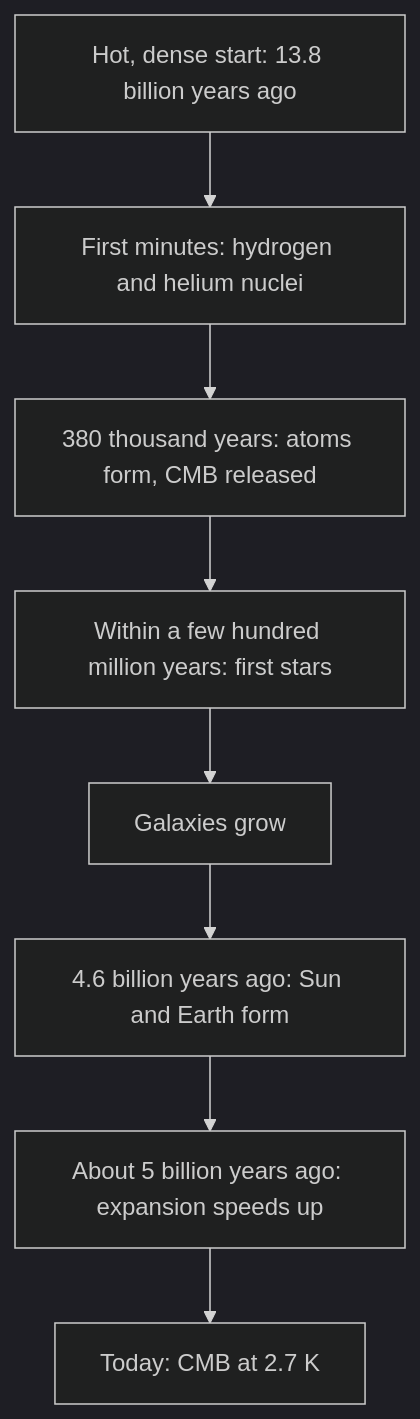
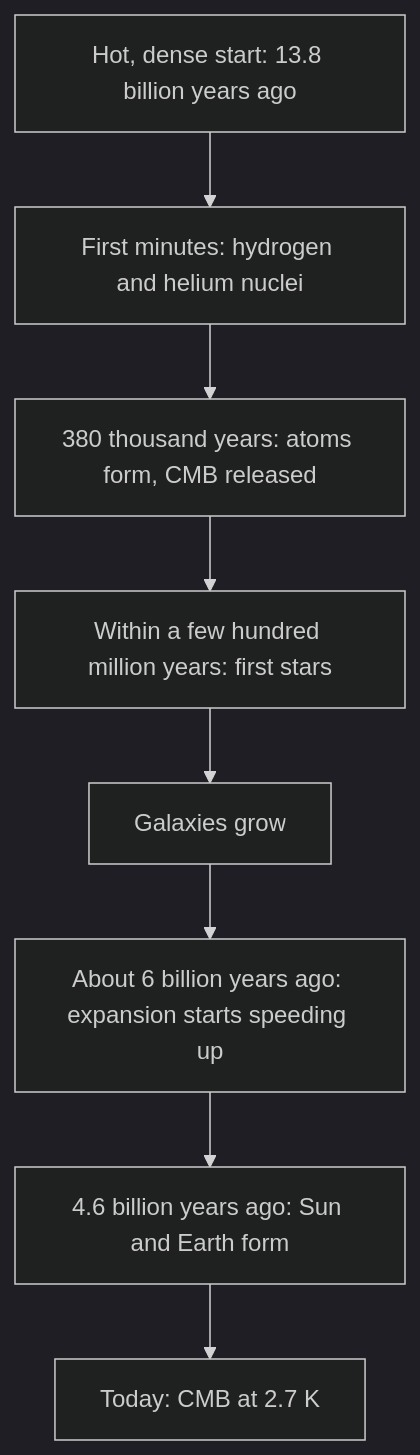
The diagram in content/math/physics/lessons/92-cosmology.md (Aziliz/erudior), drawn with Mermaid (dark theme) before and after one commit. The commit also changed 107 other files, not shown here.

````diff
--- a/content/math/physics/lessons/92-cosmology.md
+++ b/content/math/physics/lessons/92-cosmology.md
@@ -82,12 +82,12 @@
 ```mermaid
 flowchart TD
   accTitle: A timeline of the universe
-  accDescr: The universe began hot and dense about 13.8 billion years ago. In the first few minutes hydrogen and helium nuclei formed. At about 380 thousand years, atoms formed and the light now seen as the cosmic microwave background was released. The first stars formed within a few hundred million years, then galaxies grew. The Sun and Earth formed about 4.6 billion years ago. The expansion began to speed up about 5 billion years ago. Today the background radiation is at 2.7 kelvin.
+  accDescr: The universe began hot and dense about 13.8 billion years ago. In the first few minutes hydrogen and helium nuclei formed. At about 380 thousand years, atoms formed and the light now seen as the cosmic microwave background was released. The first stars formed within a few hundred million years, then galaxies grew. About 6 billion years ago the expansion began to speed up. The Sun and Earth formed about 4.6 billion years ago. Today the background radiation is at 2.7 kelvin.
   A["Hot, dense start: 13.8 billion years ago"] --> B["First minutes: hydrogen and helium nuclei"]
   B --> C["380 thousand years: atoms form, CMB released"]
   C --> D["Within a few hundred million years: first stars"]
   D --> E["Galaxies grow"]
-  E --> F["4.6 billion years ago: Sun and Earth form"]
-  F --> G["About 5 billion years ago: expansion speeds up"]
+  E --> F["About 6 billion years ago: expansion starts speeding up"]
+  F --> G["4.6 billion years ago: Sun and Earth form"]
   G --> H["Today: CMB at 2.7 K"]
 ```
````
